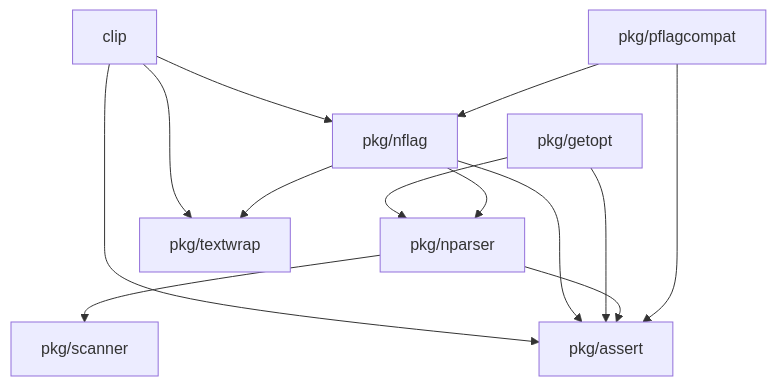
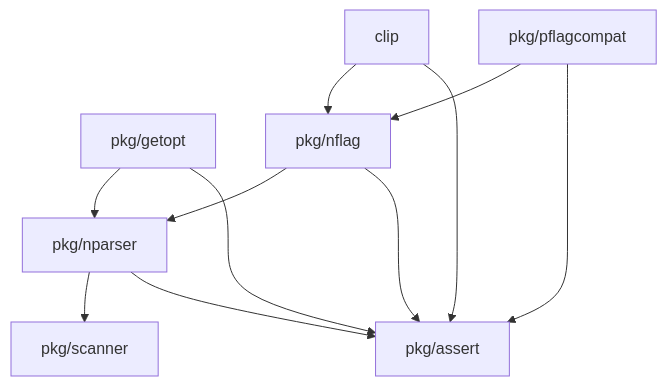
The diagram in README.md (bassosimone/clip), drawn with Mermaid before and after one commit. The commit also changed other lines of this file and 8 other files, not shown here.

````diff
--- a/README.md
+++ b/README.md
@@ -239,24 +239,21 @@
 ```mermaid
 flowchart TD
     assert[pkg/assert]
     clip
     getopt[pkg/getopt]
     nflag[pkg/nflag]
     nparser[pkg/nparser]
     pflagcompat[pkg/pflagcompat]
     scanner[pkg/scanner]
-    textwrap[pkg/textwrap]
 
     clip --> nflag
     clip --> assert
-    clip --> textwrap
     getopt --> nparser
     nflag --> nparser
     pflagcompat --> nflag
     nparser --> scanner
     nflag --> assert
     getopt --> assert
     nparser --> assert
     pflagcompat --> assert
-    nflag --> textwrap
 ```
````
